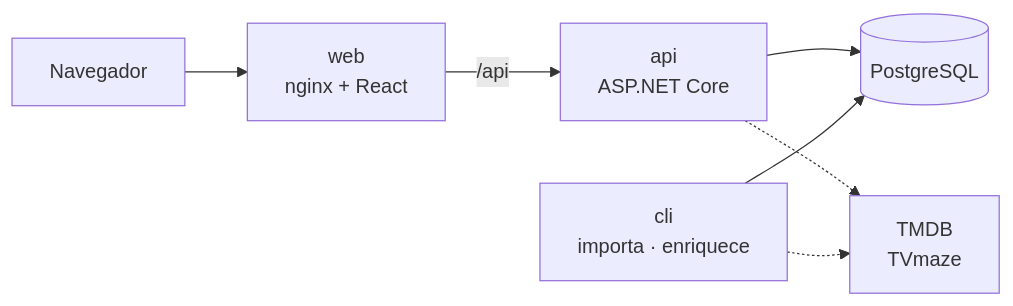
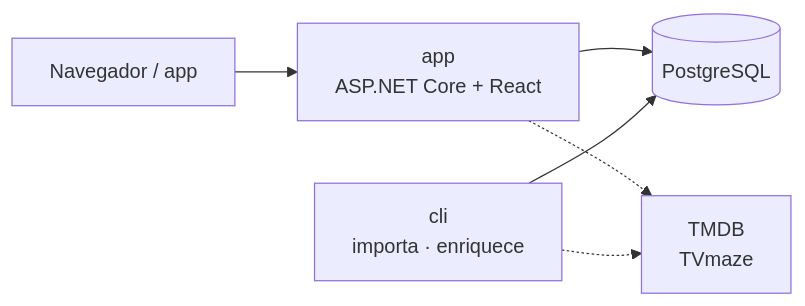
Before and after one commit to GabrielfSilveiraDev/reprise: the second of 2 diagrams in README.pt-BR.md, drawn with Mermaid. The commit also changed other lines of this file and 59 other files, not shown here.

````diff
--- a/README.pt-BR.md
+++ b/README.pt-BR.md
@@ -103,9 +193,8 @@
 ```mermaid
 flowchart LR
-    browser["Navegador"] --> web["web<br/>nginx + React"]
-    web -- "/api" --> api["api<br/>ASP.NET Core"]
-    api --> db[("PostgreSQL")]
+    browser["Navegador / app"] --> app["app<br/>ASP.NET Core + React"]
+    app --> db[("PostgreSQL")]
     cli["cli<br/>importa · enriquece"] --> db
-    api -.-> ext["TMDB<br/>TVmaze"]
+    app -.-> ext["TMDB<br/>TVmaze"]
     cli -.-> ext
 ```
````
